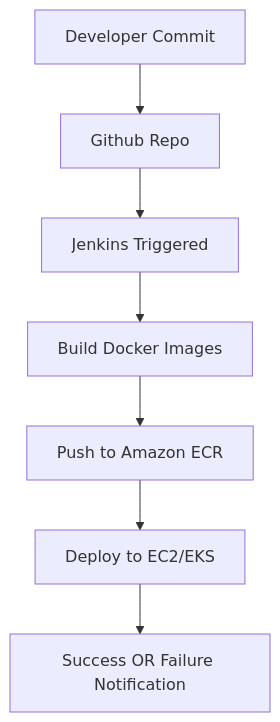
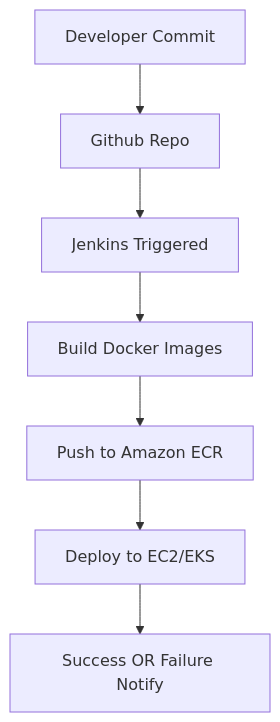
One commit to tanujbhatia24/Orchestration changed the diagram in README.md. Above: the diagram before and after it, drawn with Mermaid.

````diff
--- a/README.md
+++ b/README.md
@@ -97,9 +97,9 @@
 ```mermaid
 graph TD
 A[Developer Commit] --> B[Github Repo]
 B --> C[Jenkins Triggered]
 C --> D[Build Docker Images]
 D --> E[Push to Amazon ECR]
 E --> F[Deploy to EC2/EKS]
-F --> G[Success OR Failure Notification]
+F --> G[Success OR Failure Notify]
 ```
````
